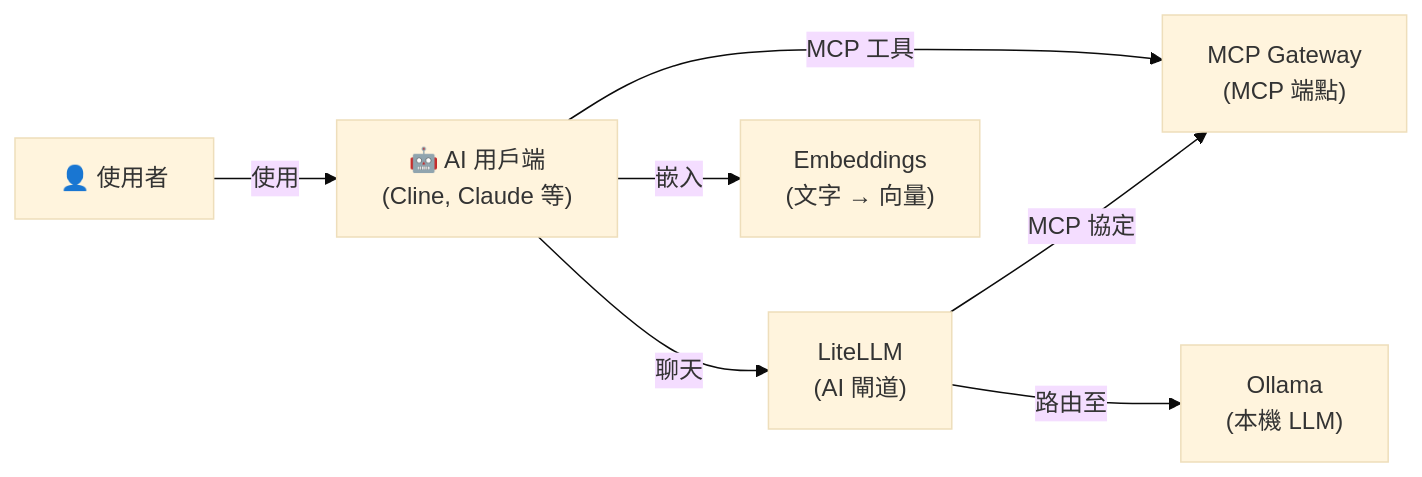
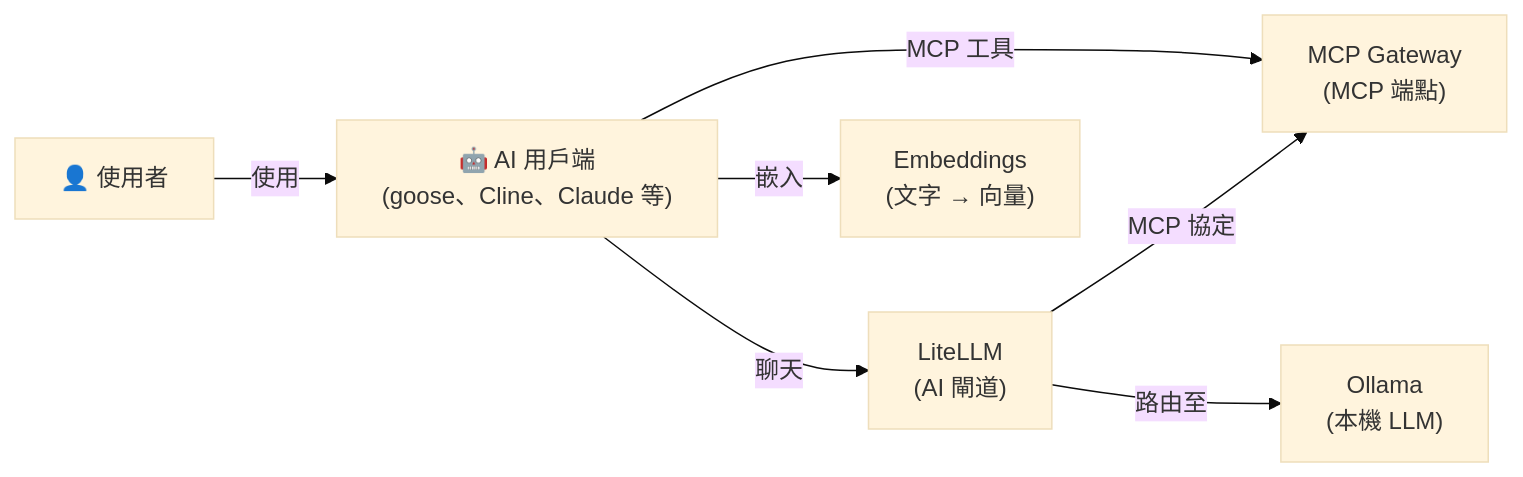
Before and after one commit to hwdsl2/self-hosted-ai-stack: the diagram in stacks/code-assistant/README-zh-Hant.md, drawn with Mermaid (base theme). The commit also changed other lines of this file and 12 other files, not shown here.

````diff
--- a/stacks/code-assistant/README-zh-Hant.md
+++ b/stacks/code-assistant/README-zh-Hant.md
@@ -17,9 +17,9 @@
 ```mermaid
 graph LR
-    U["👤 使用者"] -->|使用| C["🤖 AI 用戶端<br/>(Cline, Claude 等)"]
+    U["👤 使用者"] -->|使用| C["🤖 AI 用戶端<br/>(goose、Cline、Claude 等)"]
     C -->|MCP 工具| M["MCP Gateway<br/>(MCP 端點)"]
     C -->|聊天| L["LiteLLM<br/>(AI 閘道)"]
     L -->|路由至| O["Ollama<br/>(本機 LLM)"]
     L -->|MCP 協定| M
     C -->|嵌入| E["Embeddings<br/>(文字 → 向量)"]
 ```
````
